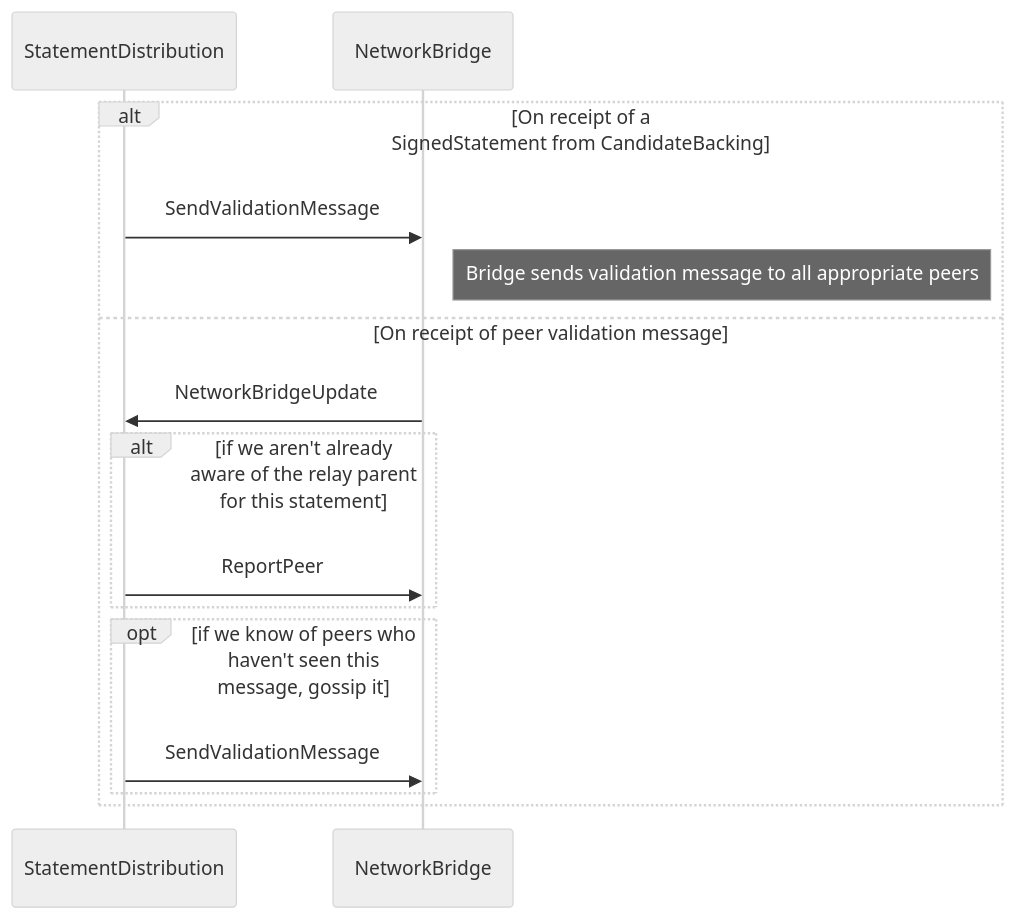
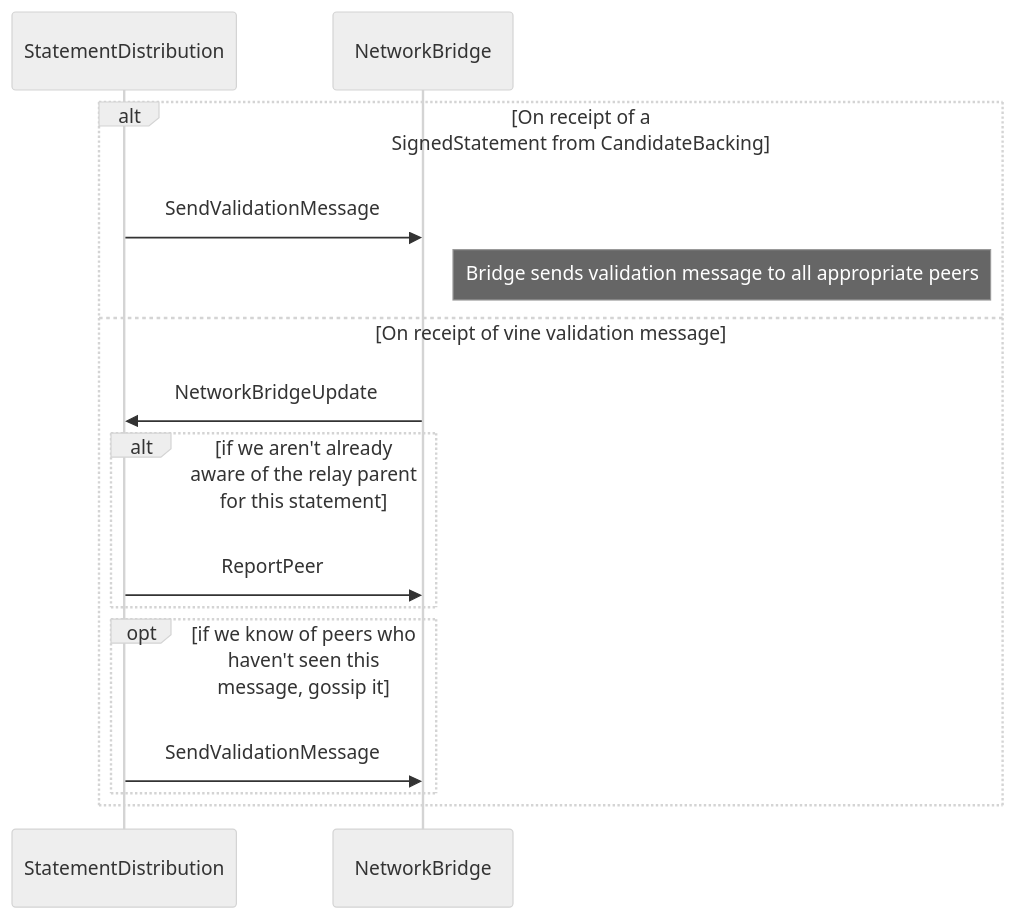
Before and after one commit to karanvir12/vine: the fourth of 9 diagrams in roadmap/implementers-guide/src/node/subsystems-and-jobs.md, drawn with Mermaid (neutral theme). The commit also changed other lines of this file and 748 other files, not shown here.

````diff
--- a/roadmap/implementers-guide/src/node/subsystems-and-jobs.md
+++ b/roadmap/implementers-guide/src/node/subsystems-and-jobs.md
@@ -256,24 +256,24 @@
 ```mermaid
 sequenceDiagram
     participant SD as StatementDistribution
     participant NB as NetworkBridge
 
     alt On receipt of a<br/>SignedStatement from CandidateBacking
         % fn circulate_statement_and_dependents
         SD ->> NB: SendValidationMessage
 
         Note right of NB: Bridge sends validation message to all appropriate peers
-    else On receipt of peer validation message
+    else On receipt of vine validation message
         NB ->> SD: NetworkBridgeUpdate
 
         % fn handle_incoming_message
         alt if we aren't already aware of the relay parent for this statement
             SD ->> NB: ReportPeer
         end
 
         % fn circulate_statement
         opt if we know of peers who haven't seen this message, gossip it
             SD ->> NB: SendValidationMessage
         end
     end
 ```
````
